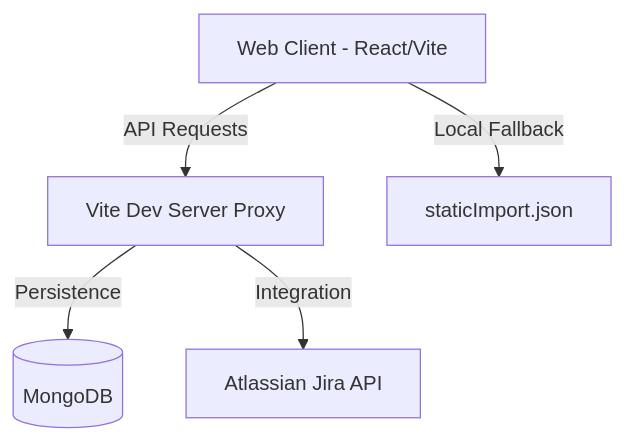
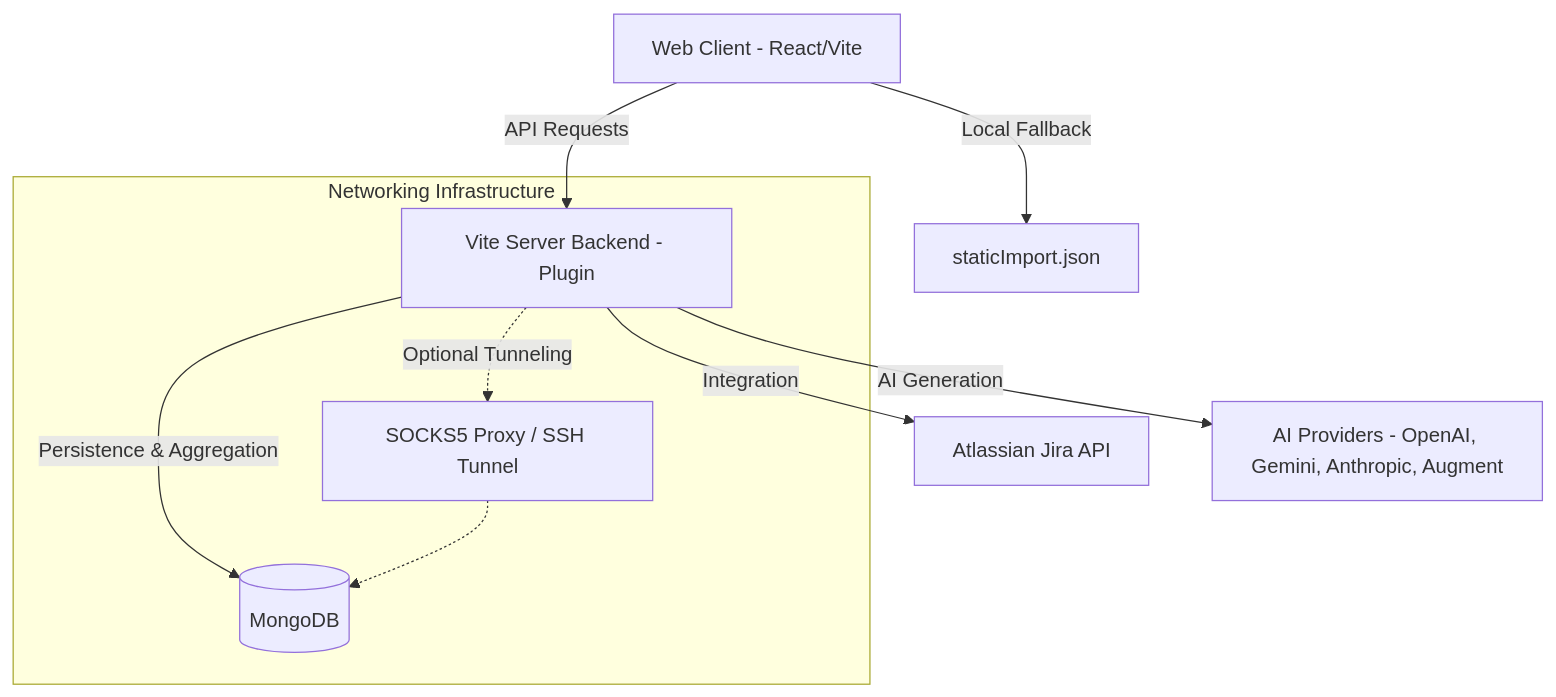
Before and after one commit to AlesKracik/ValueStream-DependencyTree: the first of 5 diagrams in doc/ARCHITECTURE.md, drawn with Mermaid. The commit also changed other lines of this file and 3 other files, not shown here.

First line of the commit message:
docs: comprehensive architecture and persistence update

````diff
--- a/doc/ARCHITECTURE.md
+++ b/doc/ARCHITECTURE.md
@@ -8,12 +8,20 @@
 ```mermaid
 graph TD
     Client[Web Client - React/Vite]
-    Proxy[Vite Dev Server Proxy]
+    Backend[Vite Server Backend - Plugin]
     Mongo[(MongoDB)]
     Jira[Atlassian Jira API]
+    AI[AI Providers - OpenAI, Gemini, Anthropic, Augment]
 
-    Client -->|API Requests| Proxy
-    Proxy -->|Persistence| Mongo
-    Proxy -->|Integration| Jira
+    Client -->|API Requests| Backend
+    Backend -->|Persistence & Aggregation| Mongo
+    Backend -->|Integration| Jira
+    Backend -->|AI Generation| AI
     Client -->|Local Fallback| Static[staticImport.json]
+    
+    subgraph "Networking Infrastructure"
+        Proxy[SOCKS5 Proxy / SSH Tunnel]
+        Backend -.->|Optional Tunneling| Proxy
+        Proxy -.-> Mongo
+    end
 ```
````
